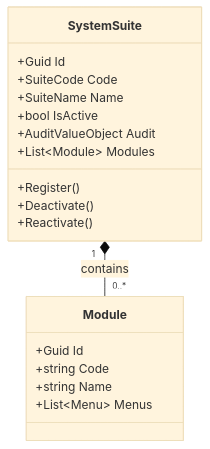
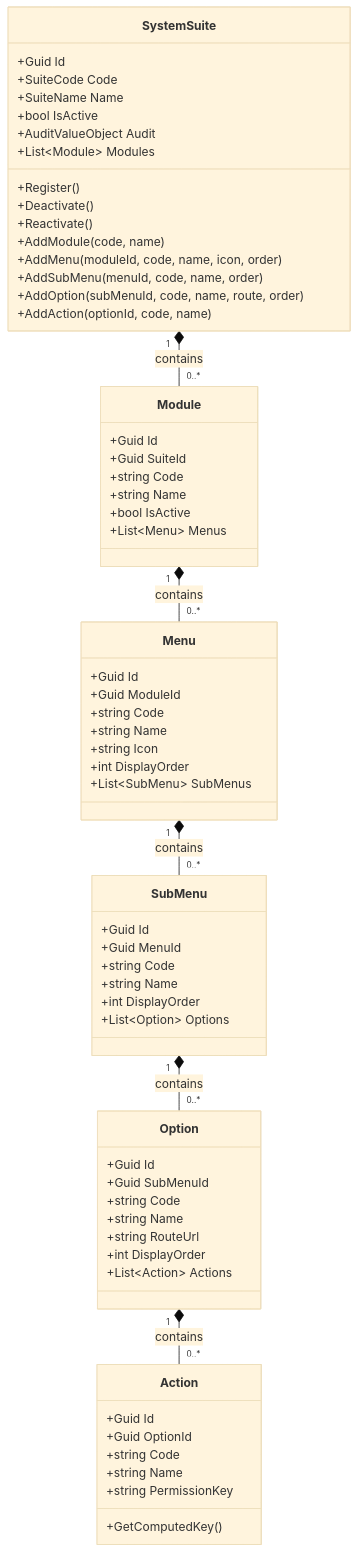
One commit to beyondnetcode/ums changed the first of 4 diagrams in docs/domain/authorization/system-suite.md. Above: the diagram before and after it, drawn with Mermaid (base theme). The commit also changed other lines of this file and 19 other files, not shown here.

````diff
--- a/docs/domain/authorization/system-suite.md
+++ b/docs/domain/authorization/system-suite.md
@@ -99,22 +113,67 @@
 ```mermaid
 classDiagram
     direction TB
     class SystemSuite {
         +Guid Id
         +SuiteCode Code
         +SuiteName Name
         +bool IsActive
         +AuditValueObject Audit
         +List~Module~ Modules
         +Register()
         +Deactivate()
         +Reactivate()
+        +AddModule(code, name)
+        +AddMenu(moduleId, code, name, icon, order)
+        +AddSubMenu(menuId, code, name, order)
+        +AddOption(subMenuId, code, name, route, order)
+        +AddAction(optionId, code, name)
     }
     class Module {
         +Guid Id
+        +Guid SuiteId
         +string Code
         +string Name
+        +bool IsActive
         +List~Menu~ Menus
     }
+    class Menu {
+        +Guid Id
+        +Guid ModuleId
+        +string Code
+        +string Name
+        +string Icon
+        +int DisplayOrder
+        +List~SubMenu~ SubMenus
+    }
+    class SubMenu {
+        +Guid Id
+        +Guid MenuId
+        +string Code
+        +string Name
+        +int DisplayOrder
+        +List~Option~ Options
+    }
+    class Option {
+        +Guid Id
+        +Guid SubMenuId
+        +string Code
+        +string Name
+        +string RouteUrl
+        +int DisplayOrder
+        +List~Action~ Actions
+    }
+    class Action {
+        +Guid Id
+        +Guid OptionId
+        +string Code
+        +string Name
+        +string PermissionKey
+        +GetComputedKey()
+    }
     SystemSuite "1" *-- "0..*" Module : contains
+    Module "1" *-- "0..*" Menu : contains
+    Menu "1" *-- "0..*" SubMenu : contains
+    SubMenu "1" *-- "0..*" Option : contains
+    Option "1" *-- "0..*" Action : contains
 ```
````
